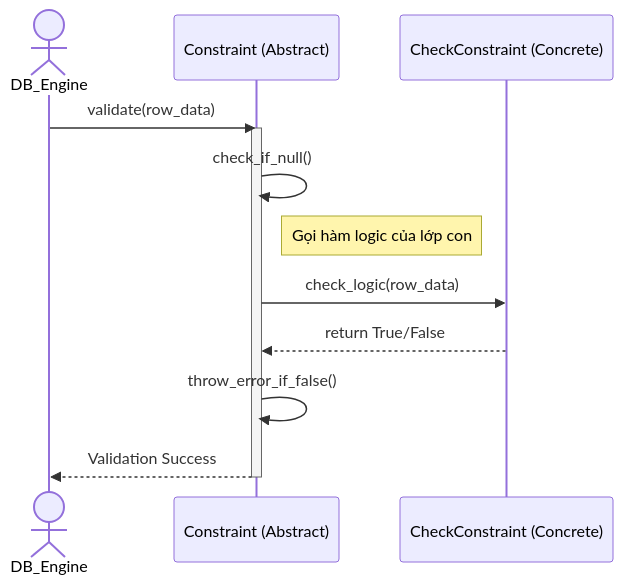
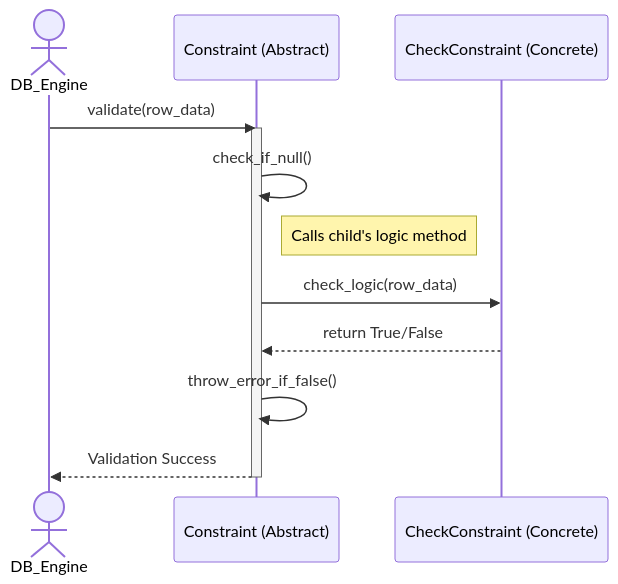
The fourth of 4 diagrams in DPSuggest.md (TamBui1706/DBMS), drawn with Mermaid before and after one commit. The commit also changed other lines of this file, not shown here.

````diff
--- a/DPSuggest.md
+++ b/DPSuggest.md
@@ -167,18 +179,18 @@
 ```mermaid
 sequenceDiagram
     actor DB_Engine
     participant Base as Constraint (Abstract)
     participant Child as CheckConstraint (Concrete)
 
     DB_Engine->>Base: validate(row_data)
     activate Base
     Base->>Base: check_if_null()
     
-    Note right of Base: Gọi hàm logic của lớp con
+    Note right of Base: Calls child's logic method
     Base->>Child: check_logic(row_data)
     Child-->>Base: return True/False
     
     Base->>Base: throw_error_if_false()
     Base-->>DB_Engine: Validation Success
     deactivate Base
 ```
````
